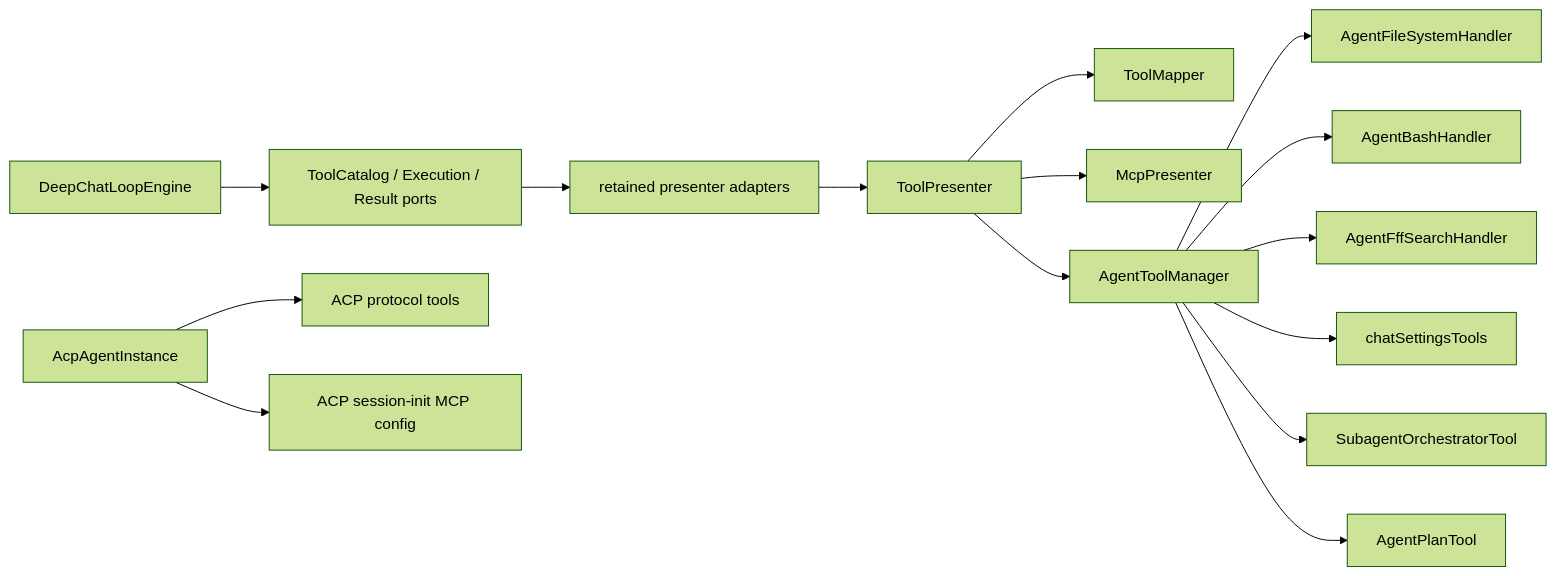
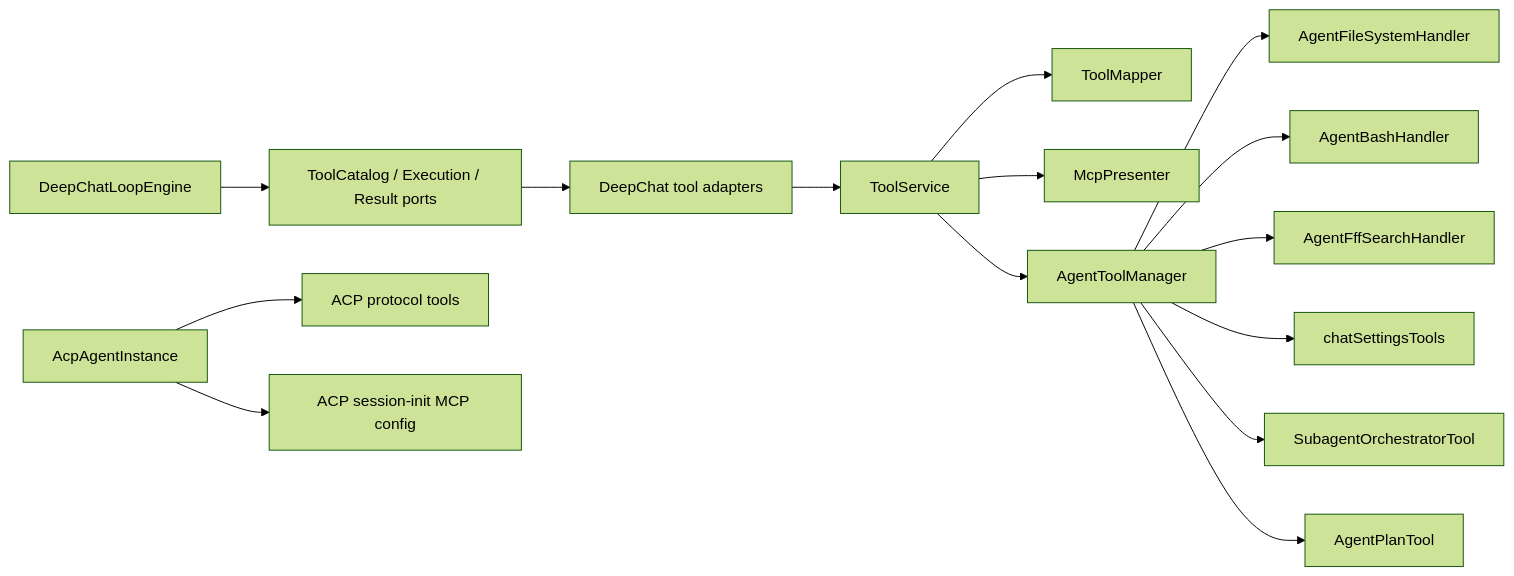
Before and after one commit to ThinkInAIXYZ/deepchat: the first of 2 diagrams in docs/architecture/tool-system.md, drawn with Mermaid (forest theme). The commit also changed other lines of this file and 76 other files, not shown here.

Commit message:
refactor(tool): move runtime out of presenter

````diff
--- a/docs/architecture/tool-system.md
+++ b/docs/architecture/tool-system.md
@@ -28,17 +27,17 @@
 ```mermaid
 graph LR
     Loop["DeepChatLoopEngine"] --> Ports["ToolCatalog / Execution / Result ports"]
-    Ports --> Adapters["retained presenter adapters"]
-    Adapters --> ToolPresenter["ToolPresenter"]
-    ToolPresenter --> Mapper["ToolMapper"]
-    ToolPresenter --> Mcp["McpPresenter"]
-    ToolPresenter --> AgentTools["AgentToolManager"]
+    Ports --> Adapters["DeepChat tool adapters"]
+    Adapters --> ToolService["ToolService"]
+    ToolService --> Mapper["ToolMapper"]
+    ToolService --> Mcp["McpPresenter"]
+    ToolService --> AgentTools["AgentToolManager"]
     AgentTools --> Fs["AgentFileSystemHandler"]
     AgentTools --> Bash["AgentBashHandler"]
     AgentTools --> FFF["AgentFffSearchHandler"]
     AgentTools --> Settings["chatSettingsTools"]
     AgentTools --> Subagents["SubagentOrchestratorTool"]
     AgentTools --> Plan["AgentPlanTool"]
     Acp["AcpAgentInstance"] --> Protocol["ACP protocol tools"]
     Acp --> McpConfig["ACP session-init MCP config"]
 ```
````
